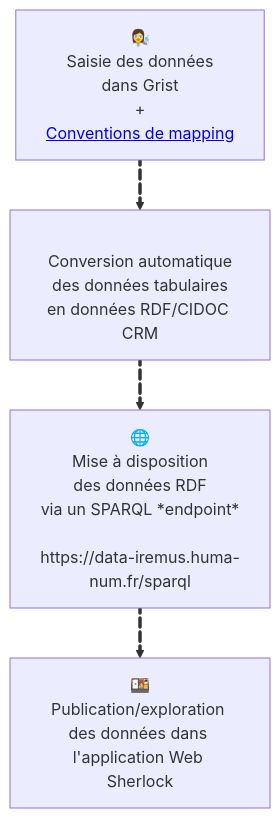
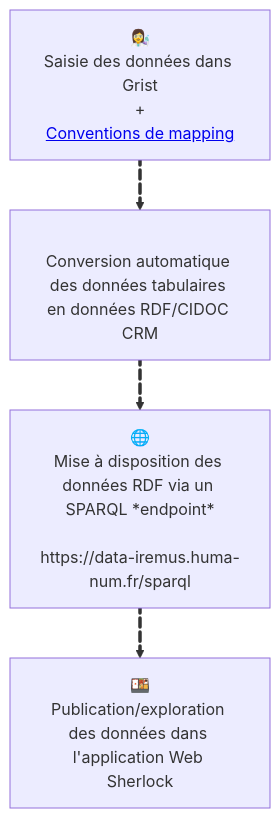
The diagram in README.md (sherlock-iremus/sherlock), drawn with Mermaid before and after one commit.

````diff
--- a/README.md
+++ b/README.md
@@ -48,15 +48,15 @@
 ```mermaid
     flowchart TB
-    grist[👩‍🔬<br>Saisie des données<br>dans Grist<br>+<br><a target="_blank" href="https://github.com/sherlock-iremus/sherlock-grist-to-crm/blob/main/doc/mapping.md">Conventions de mapping</a>]
-    scripts[<br>Conversion automatique<br>des données tabulaires<br>en données RDF/CIDOC CRM]
-    sparql[🌐<br>Mise à disposition<br>des données RDF<br>via un SPARQL *endpoint*<br><br>https://data-iremus.huma-num.fr/sparql]
+    grist[👩‍🔬<br>Saisie des données dans Grist<br>+<br><a target="_blank" href="https://github.com/sherlock-iremus/sherlock-grist-to-crm/blob/main/doc/mapping.md">Conventions de mapping</a>]
+    scripts[<br>Conversion automatique des données tabulaires en données RDF/CIDOC CRM]
+    sparql[🌐<br>Mise à disposition des données RDF via un SPARQL *endpoint*<br><br>https://data-iremus.huma-num.fr/sparql]
     sherlock[🍱<br>Publication/exploration des données dans l'application Web Sherlock]
 
     grist e1@==> scripts
     scripts e2@==> sparql
     sparql e3@==> sherlock
 
     e1@{ animate: true }
     e2@{ animate: true }
     e3@{ animate: true }
 ```
````
